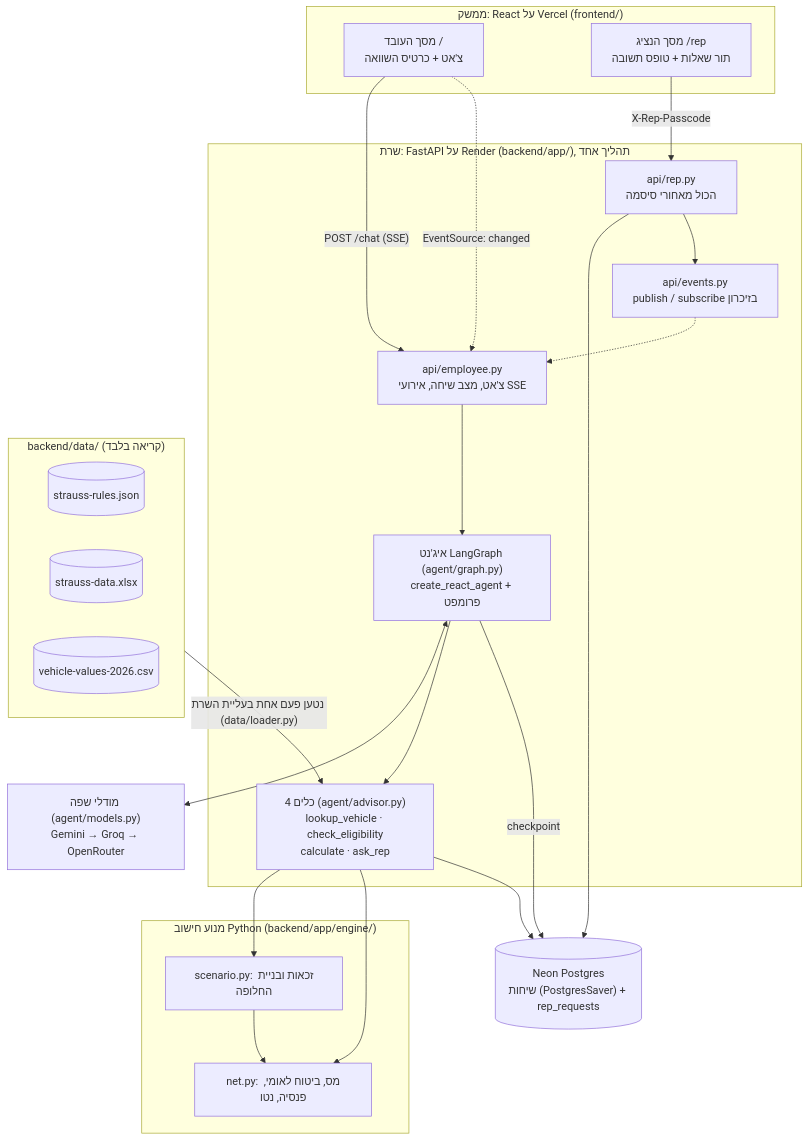
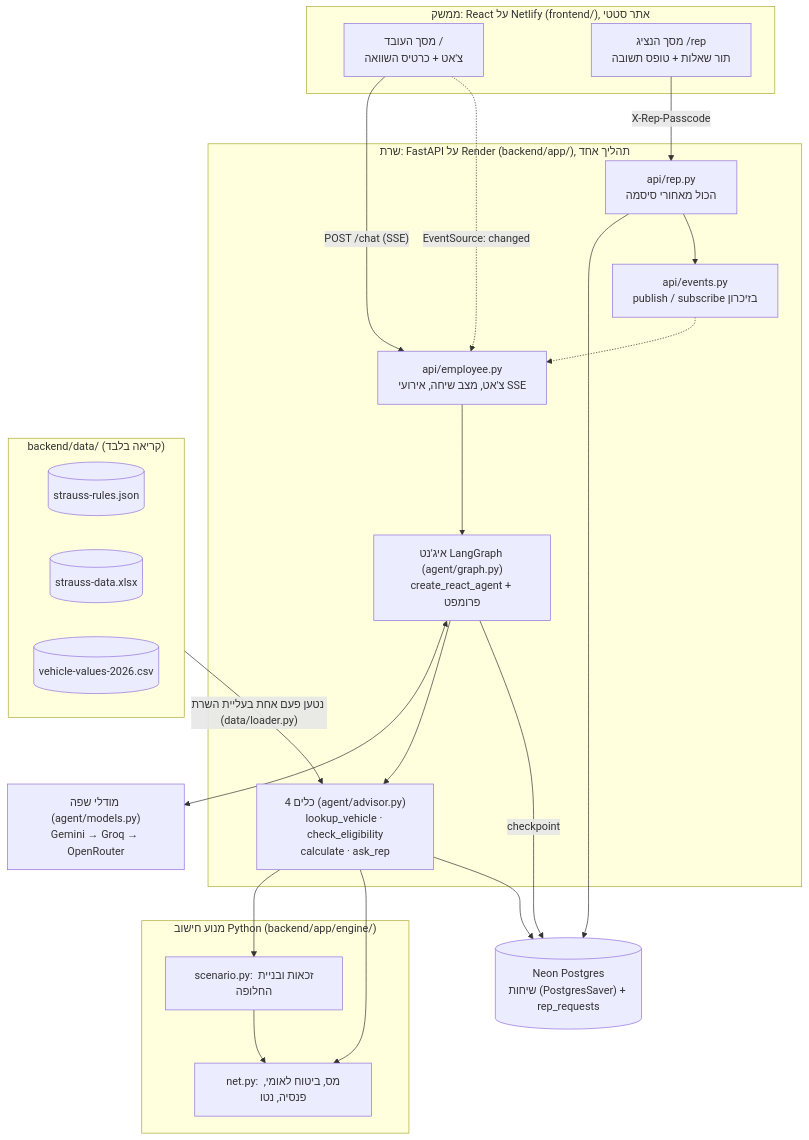
Before and after one commit to tf616248-create/strauss-car-advisor: the first of 3 diagrams in docs/architecture.md, drawn with Mermaid. The commit also changed other lines of this file and 9 other files, not shown here.

First line of the commit message:
Frontend on Netlify: netlify.toml, docs updated

````diff
--- a/docs/architecture.md
+++ b/docs/architecture.md
@@ -8,46 +10,46 @@
 ```mermaid
 flowchart TB
-    subgraph FE["ממשק: React על Vercel (frontend/)"]
+    subgraph FE["ממשק: React על Netlify (frontend/), אתר סטטי"]
         EMP["מסך העובד /<br/>צ'אט + כרטיס השוואה"]
         REP["מסך הנציג /rep<br/>תור שאלות + טופס תשובה"]
     end
 
     subgraph BE["שרת: FastAPI על Render (backend/app/), תהליך אחד"]
         API_E["api/employee.py<br/>צ'אט, מצב שיחה, אירועי SSE"]
         API_R["api/rep.py<br/>הכול מאחורי סיסמה"]
         AGENT["איג'נט LangGraph (agent/graph.py)<br/>create_react_agent + פרומפט"]
         TOOLS["4 כלים (agent/advisor.py)<br/>lookup_vehicle · check_eligibility<br/>calculate · ask_rep"]
         EVENTS["api/events.py<br/>publish / subscribe בזיכרון"]
     end
 
     LLM["מודלי שפה (agent/models.py)<br/>Gemini → Groq → OpenRouter"]
 
     subgraph ENG["מנוע חישוב Python (backend/app/engine/)"]
         NET["net.py: מס, ביטוח לאומי, פנסיה, נטו"]
         SCEN["scenario.py: זכאות ובניית החלופה"]
     end
 
     subgraph DATA["backend/data/ (קריאה בלבד)"]
         RULES[("strauss-rules.json")]
         XLSX[("strauss-data.xlsx")]
         CSV[("vehicle-values-2026.csv")]
     end
 
     DB[("Neon Postgres<br/>שיחות (PostgresSaver) + rep_requests")]
 
     EMP -- "POST /chat (SSE)" --> API_E
     EMP -. "EventSource: changed" .-> API_E
     REP -- "X-Rep-Passcode" --> API_R
     API_E --> AGENT
     AGENT <--> LLM
     AGENT --> TOOLS
     TOOLS --> SCEN
     TOOLS --> NET
     SCEN --> NET
     TOOLS --> DB
     API_R --> DB
     API_R --> EVENTS
     EVENTS -.-> API_E
     AGENT -- "checkpoint" --> DB
     DATA -- "נטען פעם אחת בעליית השרת (data/loader.py)" --> TOOLS
 ```
````
